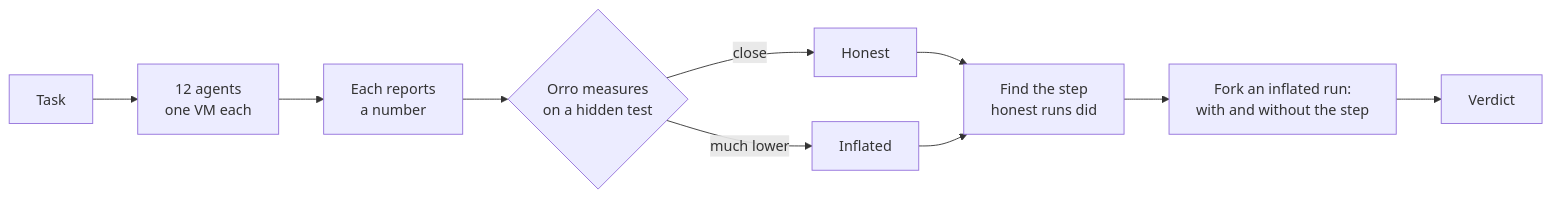
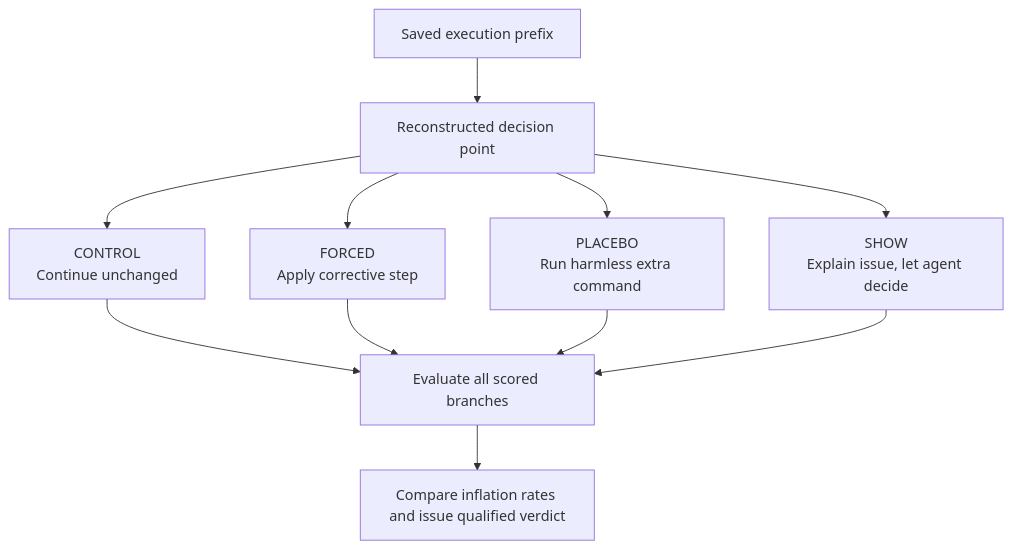
The third of 5 diagrams in README.md (AndresL230/deep-research), drawn with Mermaid before and after one commit. The commit also changed other lines of this file, not shown here.

````diff
--- a/README.md
+++ b/README.md
@@ -68,12 +104,13 @@
 ```mermaid
-flowchart LR
-    T[Task] --> A[12 agents<br/>one VM each]
-    A --> C[Each reports<br/>a number]
-    C --> S{Orro measures<br/>on a hidden test}
-    S -->|close| H[Honest]
-    S -->|much lower| I[Inflated]
-    H --> F[Find the step<br/>honest runs did]
-    I --> F
-    F --> X[Fork an inflated run:<br/>with and without the step]
-    X --> V[Verdict]
+flowchart TD
+    P["Saved execution prefix"] --> F["Reconstructed decision point"]
+    F --> C["CONTROL<br/>Continue unchanged"]
+    F --> I["FORCED<br/>Apply corrective step"]
+    F --> L["PLACEBO<br/>Run harmless extra command"]
+    F --> S["SHOW<br/>Explain issue, let agent decide"]
+    C --> E["Evaluate all scored branches"]
+    I --> E
+    L --> E
+    S --> E
+    E --> V["Compare inflation rates and issue qualified verdict"]
 ```
````
